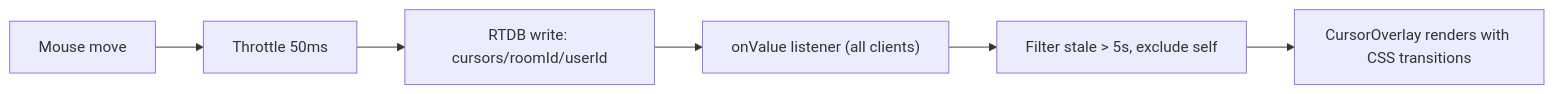
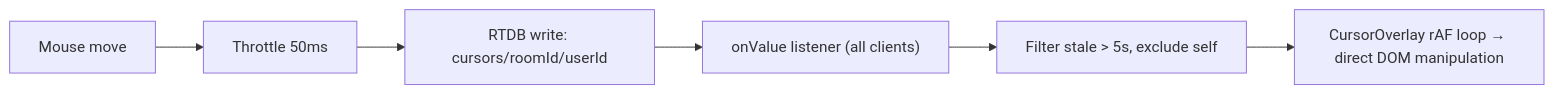
One commit to quandole-oss/Week-1-Project-ColabCanvas changed the third of 3 diagrams in ARCHITECTURE.md. Above: the diagram before and after it, drawn with Mermaid. The commit also changed other lines of this file and 6 other files, not shown here.

````diff
--- a/ARCHITECTURE.md
+++ b/ARCHITECTURE.md
@@ -56,8 +59,8 @@
 ```mermaid
 flowchart LR
     H["Mouse move"] --> I["Throttle 50ms"]
     I --> J["RTDB write: cursors/roomId/userId"]
     J --> K["onValue listener (all clients)"]
     K --> L["Filter stale > 5s, exclude self"]
-    L --> M["CursorOverlay renders with CSS transitions"]
+    L --> M["CursorOverlay rAF loop → direct DOM manipulation"]
 ```
````
